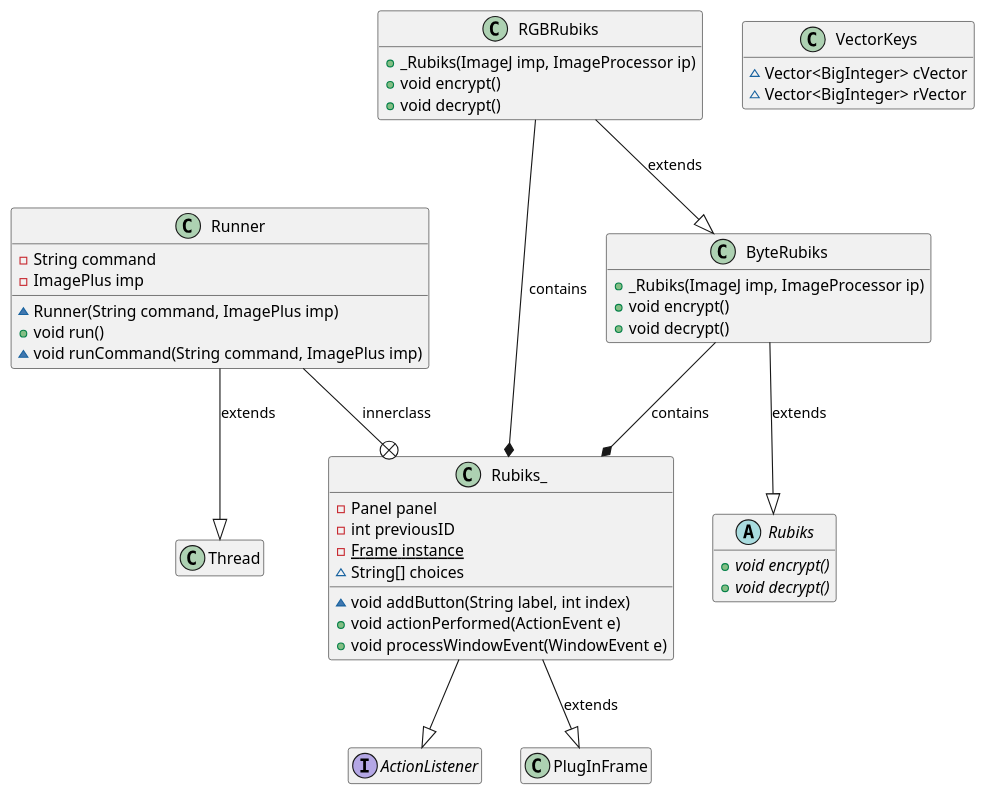
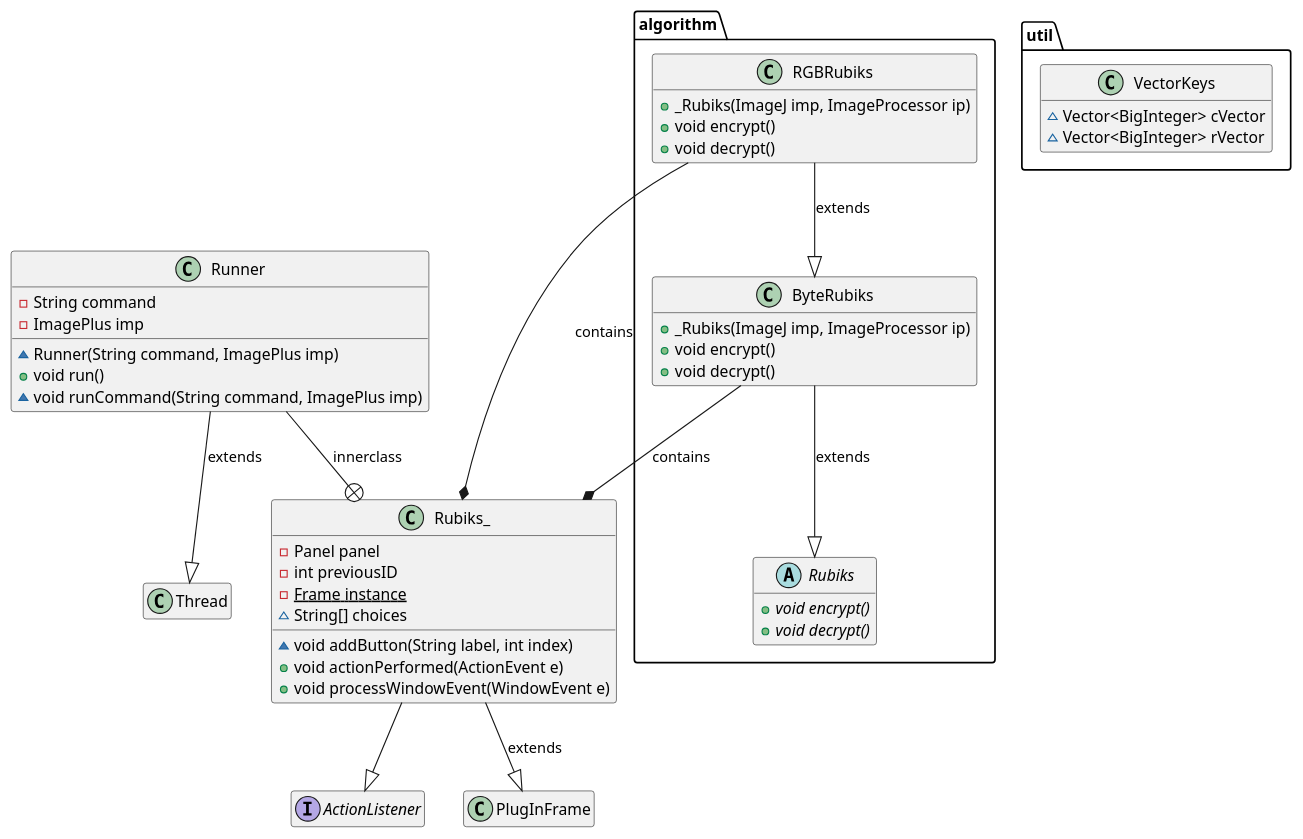
Before and after one commit to AGitsjustsilver/PHYS345-Project: the diagram in ClassInteraction.puml, drawn with PlantUML. The commit also changed 6 other files, not shown here.

```diff
--- a/ClassInteraction.puml
+++ b/ClassInteraction.puml
@@ -1,58 +1,58 @@
 @startuml
 class Rubiks_ {
     - Panel panel
     - int previousID
     {static} - Frame instance
     ~ String[] choices
 
     ~ void addButton(String label, int index)
     + void actionPerformed(ActionEvent e)
     + void processWindowEvent(WindowEvent e)
 }
 class Runner {
     - String command
     - ImagePlus imp
     ~Runner(String command, ImagePlus imp)
     + void run()
     ~ void runCommand(String command, ImagePlus imp)
 
 }
-class ByteRubiks {
+class algorithm.ByteRubiks {
     + _Rubiks(ImageJ imp, ImageProcessor ip)
     + void encrypt()
     + void decrypt()
 
 }
-class RGBRubiks {
+class algorithm.RGBRubiks {
     + _Rubiks(ImageJ imp, ImageProcessor ip)
     + void encrypt()
     + void decrypt()
 
 }
-class VectorKeys {
+class util.VectorKeys {
     ~ Vector<BigInteger> cVector
     ~ Vector<BigInteger> rVector
 }
-abstract class Rubiks {
+abstract class algorithm.Rubiks {
     {abstract} + void encrypt()
     {abstract} + void decrypt()
 }
 interface ActionListener
 class PlugInFrame
 class Thread
 
 
-RGBRubiks --|> ByteRubiks  : extends
-RGBRubiks --* Rubiks_ : contains
+algorithm.RGBRubiks --|> algorithm.ByteRubiks  : extends
+algorithm.RGBRubiks --* Rubiks_ : contains
 
-ByteRubiks --* Rubiks_ : contains
-ByteRubiks --|> Rubiks : extends
+algorithm.ByteRubiks --* Rubiks_ : contains
+algorithm.ByteRubiks --|> algorithm.Rubiks : extends
 
 Rubiks_ --|> PlugInFrame : extends
 Rubiks_ --|> ActionListener
 
 Runner --+ Rubiks_ : innerclass
 Runner --|> Thread : extends
 
 hide empty members
 @enduml
```
